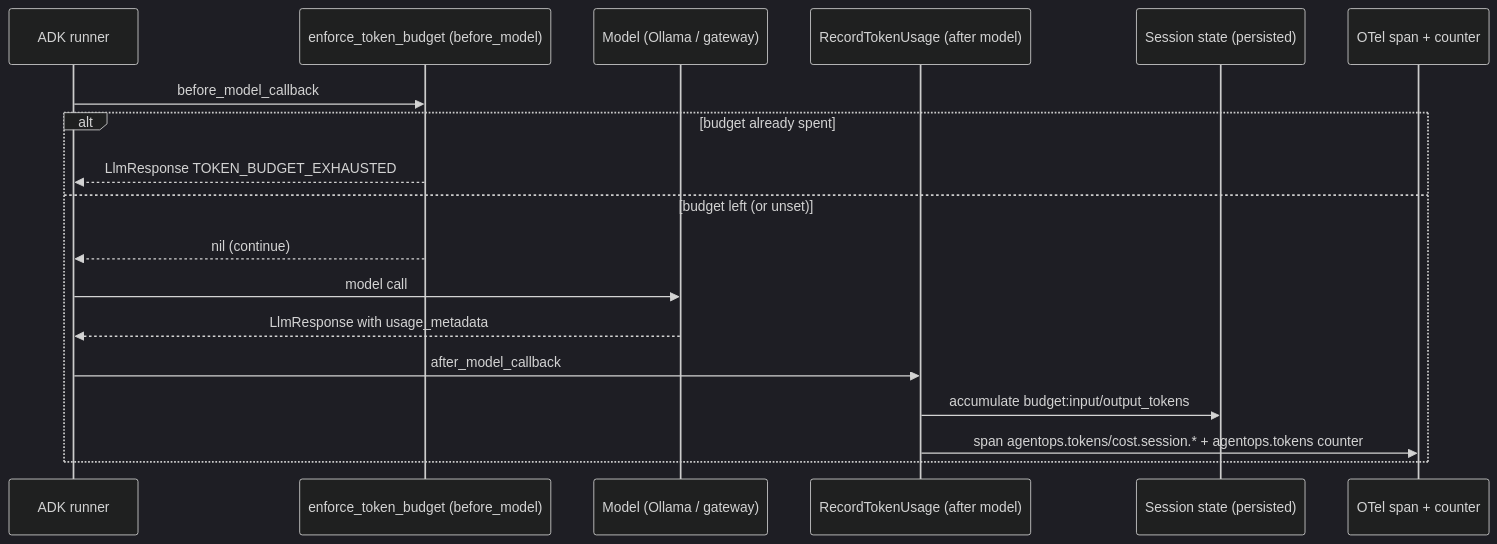
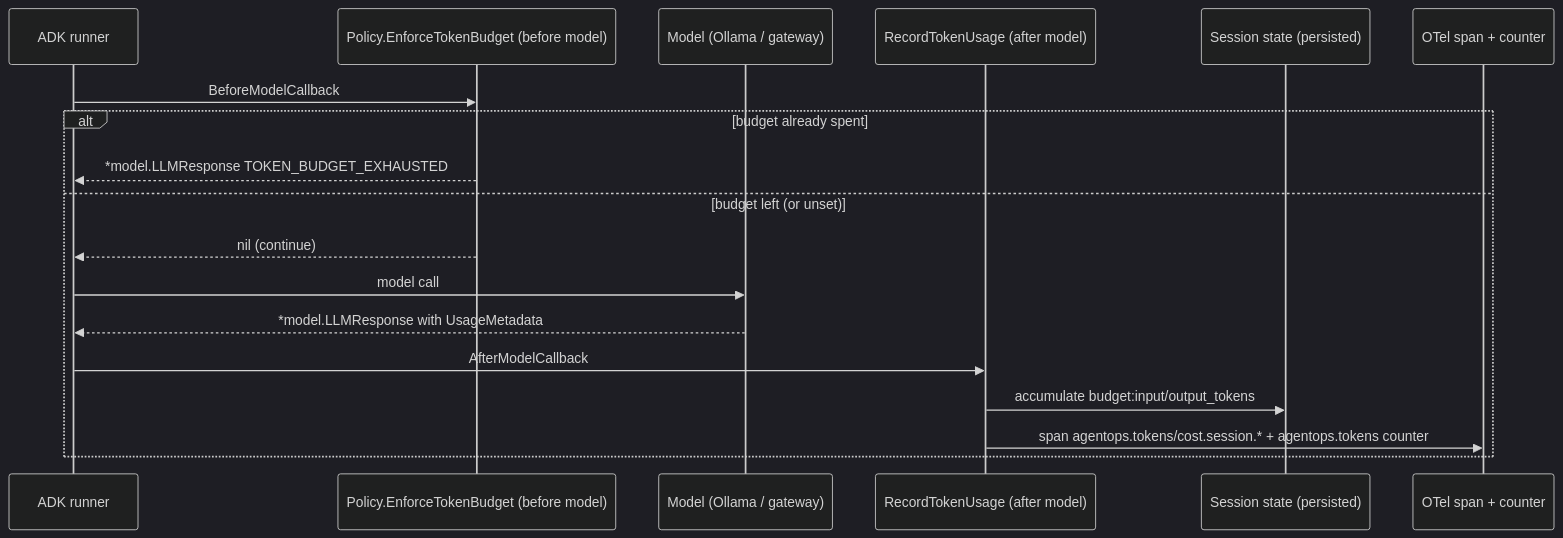
One commit to LuiGGi629/agentops-open-course changed the second of 2 diagrams in content/7. Observability/7.3. Costs.md. Above: the diagram before and after it, drawn with Mermaid (dark theme). The commit also changed other lines of this file and 16 other files, not shown here.

````diff
--- a/content/7. Observability/7.3. Costs.md
+++ b/content/7. Observability/7.3. Costs.md
@@ -135,20 +135,20 @@
 ```mermaid
 sequenceDiagram
   participant ADK as ADK runner
-  participant B as enforce_token_budget (before_model)
+  participant B as Policy.EnforceTokenBudget (before model)
   participant M as Model (Ollama / gateway)
   participant R as RecordTokenUsage (after model)
   participant S as Session state (persisted)
   participant O as OTel span + counter
-  ADK->>B: before_model_callback
+  ADK->>B: BeforeModelCallback
   alt budget already spent
-    B-->>ADK: LlmResponse TOKEN_BUDGET_EXHAUSTED
+    B-->>ADK: *model.LLMResponse TOKEN_BUDGET_EXHAUSTED
   else budget left (or unset)
     B-->>ADK: nil (continue)
     ADK->>M: model call
-    M-->>ADK: LlmResponse with usage_metadata
-    ADK->>R: after_model_callback
+    M-->>ADK: *model.LLMResponse with UsageMetadata
+    ADK->>R: AfterModelCallback
     R->>S: accumulate budget:input/output_tokens
     R->>O: span agentops.tokens/cost.session.* + agentops.tokens counter
   end
 ```
````
